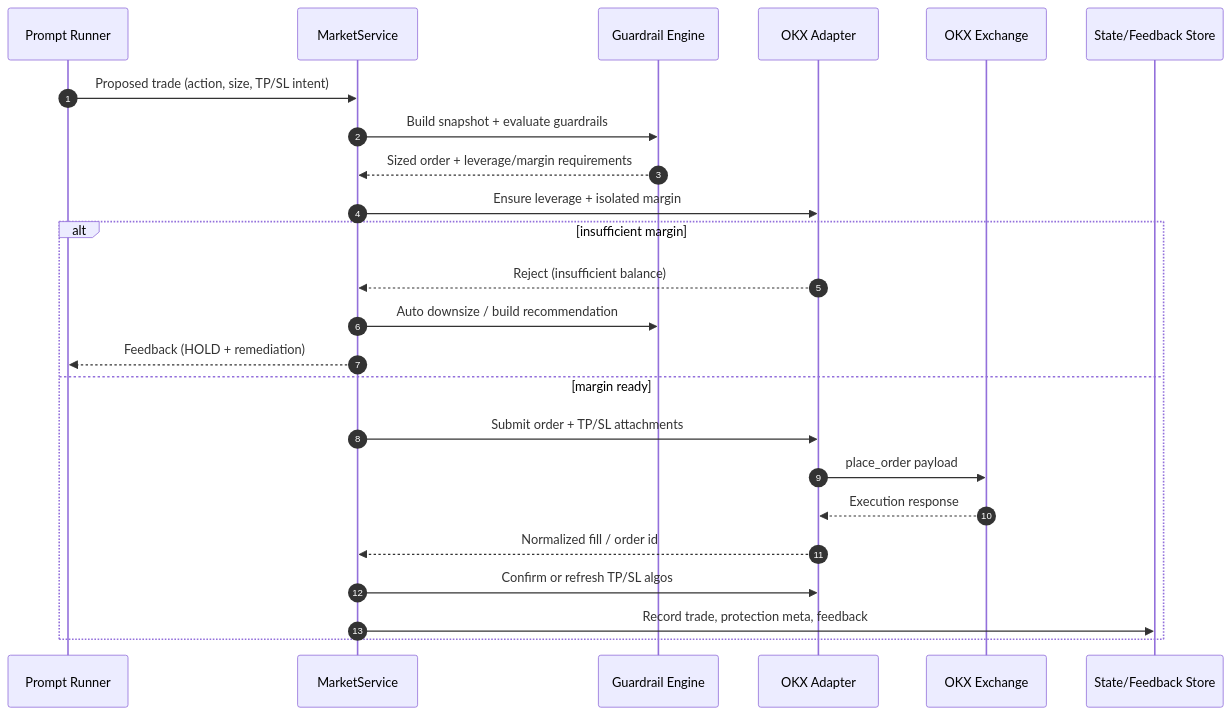
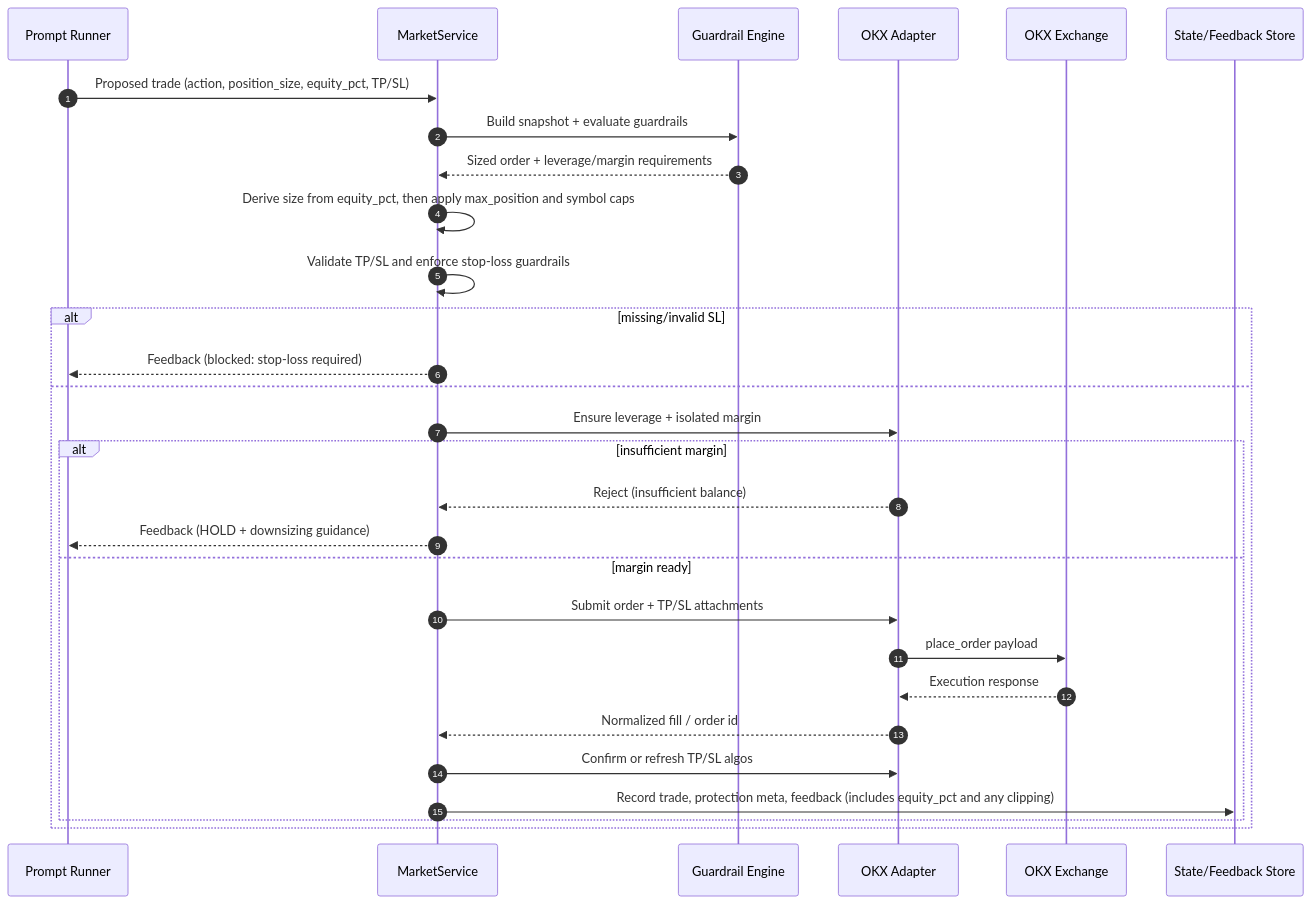
Before and after one commit to edfoo/tai2: the diagram in GUARDRAILS.md, drawn with Mermaid. The commit also changed other lines of this file and 9 other files, not shown here.

````diff
--- a/GUARDRAILS.md
+++ b/GUARDRAILS.md
@@ -9,27 +9,32 @@
 ```mermaid
 sequenceDiagram
     autonumber
     participant PR as Prompt Runner
     participant MS as MarketService
     participant GE as Guardrail Engine
     participant OA as OKX Adapter
     participant EX as OKX Exchange
     participant DB as State/Feedback Store
 
-    PR->>MS: Proposed trade (action, size, TP/SL intent)
+    PR->>MS: Proposed trade (action, position_size, equity_pct, TP/SL)
     MS->>GE: Build snapshot + evaluate guardrails
     GE-->>MS: Sized order + leverage/margin requirements
-    MS->>OA: Ensure leverage + isolated margin
-    alt insufficient margin
-        OA-->>MS: Reject (insufficient balance)
-        MS->>GE: Auto downsize / build recommendation
-        MS-->>PR: Feedback (HOLD + remediation)
-    else margin ready
-        MS->>OA: Submit order + TP/SL attachments
-        OA->>EX: place_order payload
-        EX-->>OA: Execution response
-        OA-->>MS: Normalized fill / order id
-        MS->>OA: Confirm or refresh TP/SL algos
-        MS->>DB: Record trade, protection meta, feedback
+    MS->>MS: Derive size from equity_pct, then apply max_position and symbol caps
+    MS->>MS: Validate TP/SL and enforce stop-loss guardrails
+    alt missing/invalid SL
+        MS-->>PR: Feedback (blocked: stop-loss required)
+    else
+        MS->>OA: Ensure leverage + isolated margin
+        alt insufficient margin
+            OA-->>MS: Reject (insufficient balance)
+            MS-->>PR: Feedback (HOLD + downsizing guidance)
+        else margin ready
+            MS->>OA: Submit order + TP/SL attachments
+            OA->>EX: place_order payload
+            EX-->>OA: Execution response
+            OA-->>MS: Normalized fill / order id
+            MS->>OA: Confirm or refresh TP/SL algos
+            MS->>DB: Record trade, protection meta, feedback (includes equity_pct and any clipping)
+        end
     end
 ```
````
